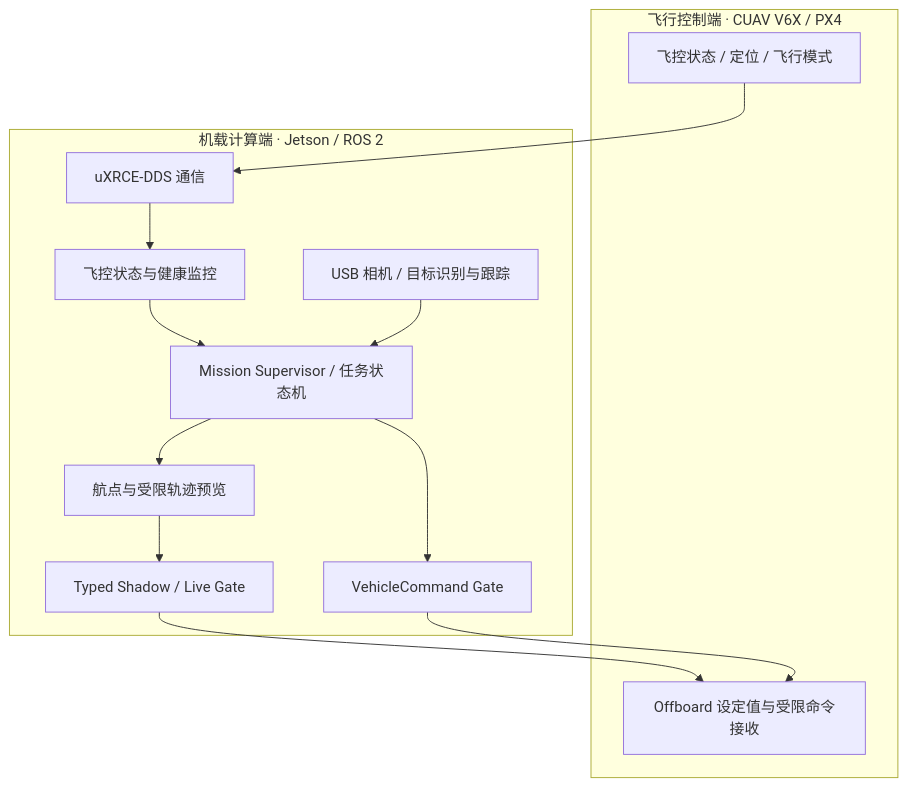
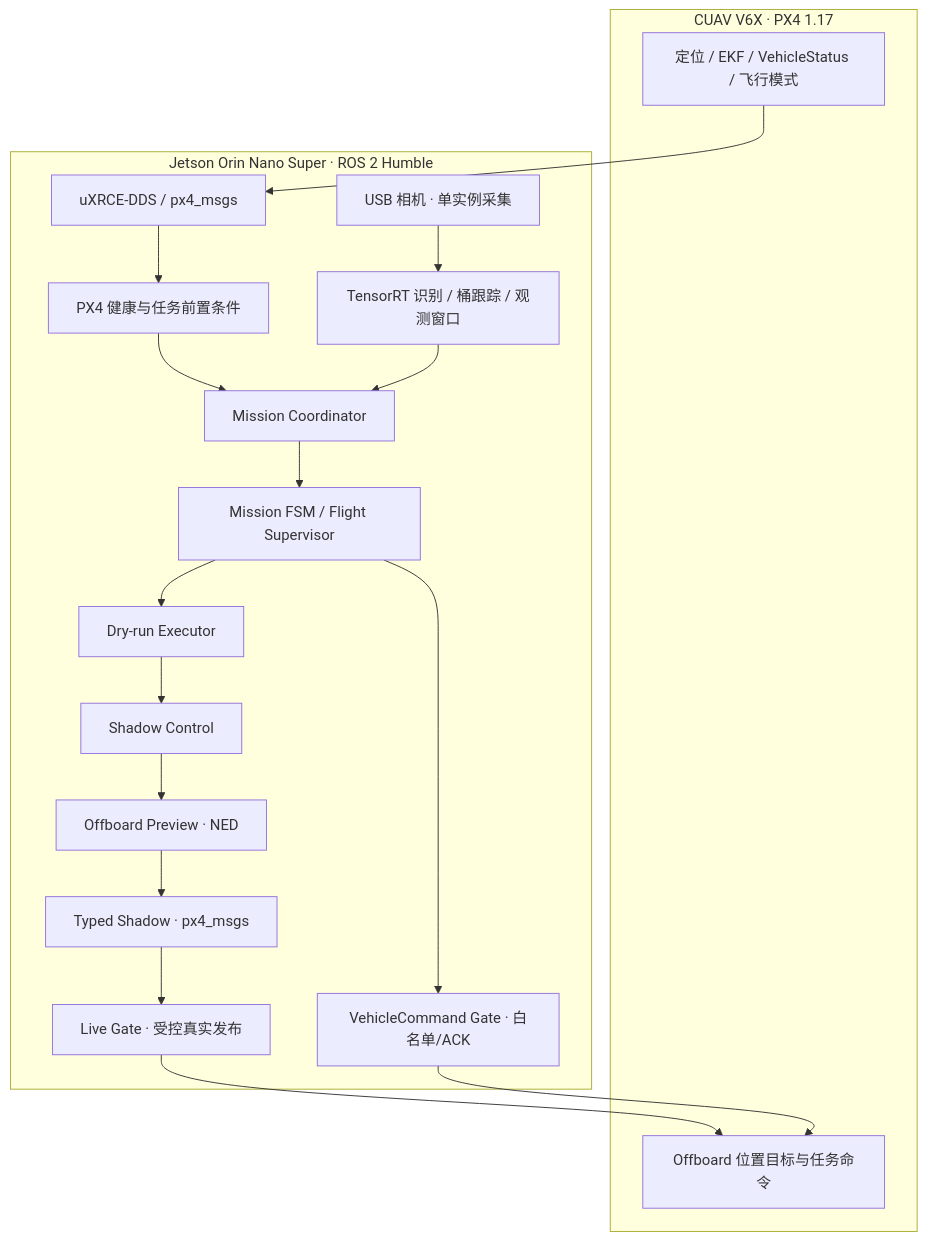
Before and after one commit to jtvales2/cuadc-2026-px4-ros2-portfolio: the first of 2 diagrams in README.md, drawn with Mermaid. The commit also changed other lines of this file, not shown here.

````diff
--- a/README.md
+++ b/README.md
@@ -31,20 +34,25 @@
 ```mermaid
 flowchart TB
-    subgraph PX4Side[飞行控制端 · CUAV V6X / PX4]
-        F[飞控状态 / 定位 / 飞行模式]
-        U[Offboard 设定值与受限命令接收]
-    end
-    subgraph JetsonSide[机载计算端 · Jetson / ROS 2]
-        XR[uXRCE-DDS 通信]
-        H[飞控状态与健康监控]
-        V[USB 相机 / 目标识别与跟踪]
-        M[Mission Supervisor / 任务状态机]
-        P[航点与受限轨迹预览]
-        S[Typed Shadow / Live Gate]
-        C[VehicleCommand Gate]
-    end
-    F --> XR --> H --> M
-    V --> M
-    M --> P --> S --> U
-    M --> C --> U
+  subgraph AIR[CUAV V6X · PX4 1.17]
+    PX4[定位 / EKF / VehicleStatus / 飞行模式]
+    ACT[Offboard 位置目标与任务命令]
+  end
+  subgraph JET[Jetson Orin Nano Super · ROS 2 Humble]
+    DDS[uXRCE-DDS / px4_msgs]
+    HEALTH[PX4 健康与任务前置条件]
+    CAMERA[USB 相机 · 单实例采集]
+    VISION[TensorRT 识别 / 桶跟踪 / 观测窗口]
+    COORD[Mission Coordinator]
+    FSM[Mission FSM / Flight Supervisor]
+    EXEC[Dry-run Executor]
+    SHADOW[Shadow Control]
+    PREVIEW[Offboard Preview · NED]
+    TYPED[Typed Shadow · px4_msgs]
+    LIVE[Live Gate · 受控真实发布]
+    CMD[VehicleCommand Gate · 白名单/ACK]
+  end
+  PX4 --> DDS --> HEALTH --> COORD
+  CAMERA --> VISION --> COORD
+  COORD --> FSM --> EXEC --> SHADOW --> PREVIEW --> TYPED --> LIVE --> ACT
+  FSM --> CMD --> ACT
 ```
````
